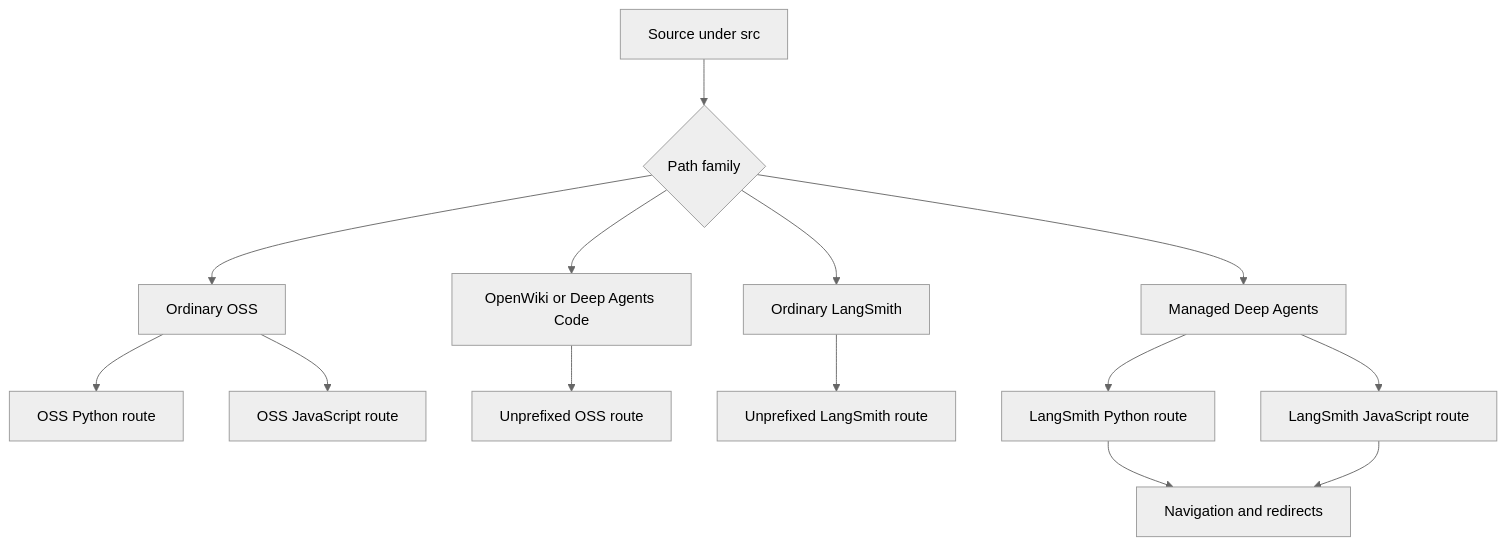
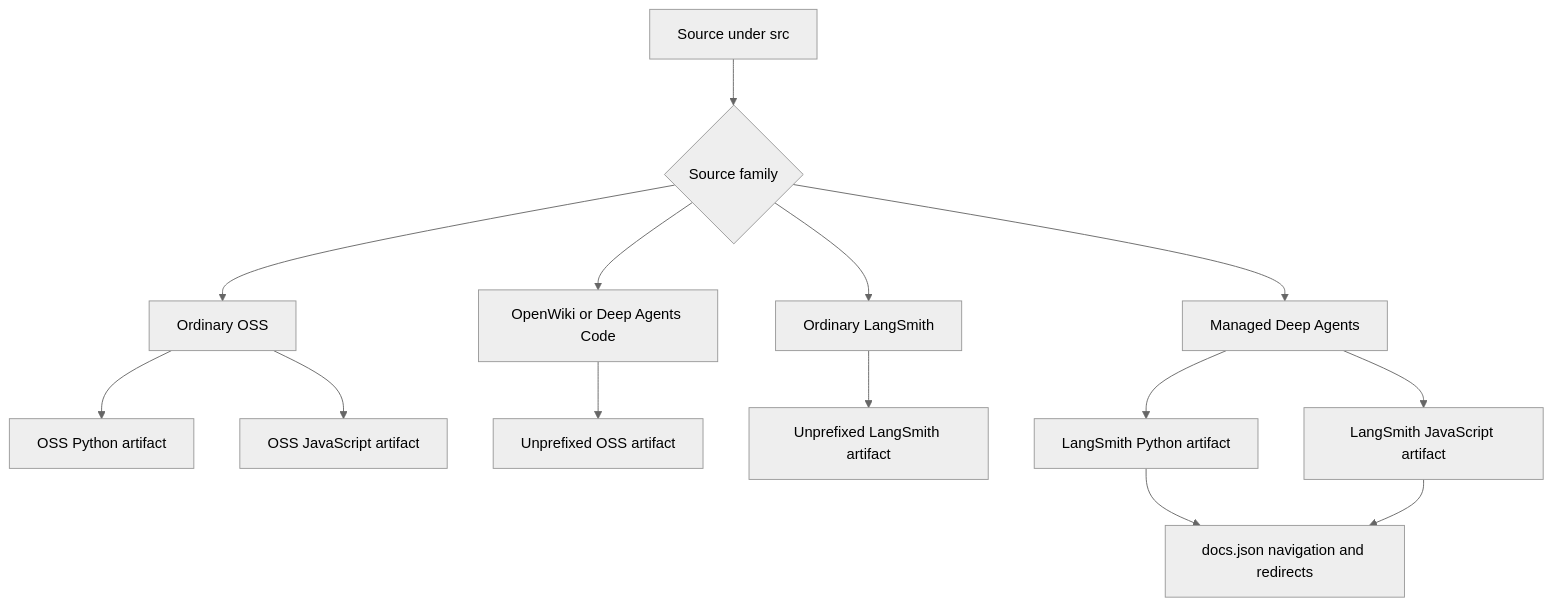
One commit to langchain-ai/docs changed the first of 2 diagrams in openwiki/concepts/versioning.md. Above: the diagram before and after it, drawn with Mermaid (neutral theme). The commit also changed other lines of this file and 9 other files, not shown here.

````diff
--- a/openwiki/concepts/versioning.md
+++ b/openwiki/concepts/versioning.md
@@ -58,16 +48,16 @@
 ```mermaid
 flowchart TD
-    Source["Source under src"] --> Family{"Path family"}
+    Source["Source under src"] --> Family{"Source family"}
     Family --> Oss["Ordinary OSS"]
-    Oss --> OssPy["OSS Python route"]
-    Oss --> OssJs["OSS JavaScript route"]
+    Oss --> OssPy["OSS Python artifact"]
+    Oss --> OssJs["OSS JavaScript artifact"]
     Family --> Product["OpenWiki or Deep Agents Code"]
-    Product --> PlainProduct["Unprefixed OSS route"]
+    Product --> PlainProduct["Unprefixed OSS artifact"]
     Family --> Smith["Ordinary LangSmith"]
-    Smith --> PlainSmith["Unprefixed LangSmith route"]
+    Smith --> PlainSmith["Unprefixed LangSmith artifact"]
     Family --> Managed["Managed Deep Agents"]
-    Managed --> ManagedPy["LangSmith Python route"]
-    Managed --> ManagedJs["LangSmith JavaScript route"]
-    ManagedPy --> Mintlify["Navigation and redirects"]
-    ManagedJs --> Mintlify
+    Managed --> ManagedPy["LangSmith Python artifact"]
+    Managed --> ManagedJs["LangSmith JavaScript artifact"]
+    ManagedPy --> Config["docs.json navigation and redirects"]
+    ManagedJs --> Config
 ```
````
